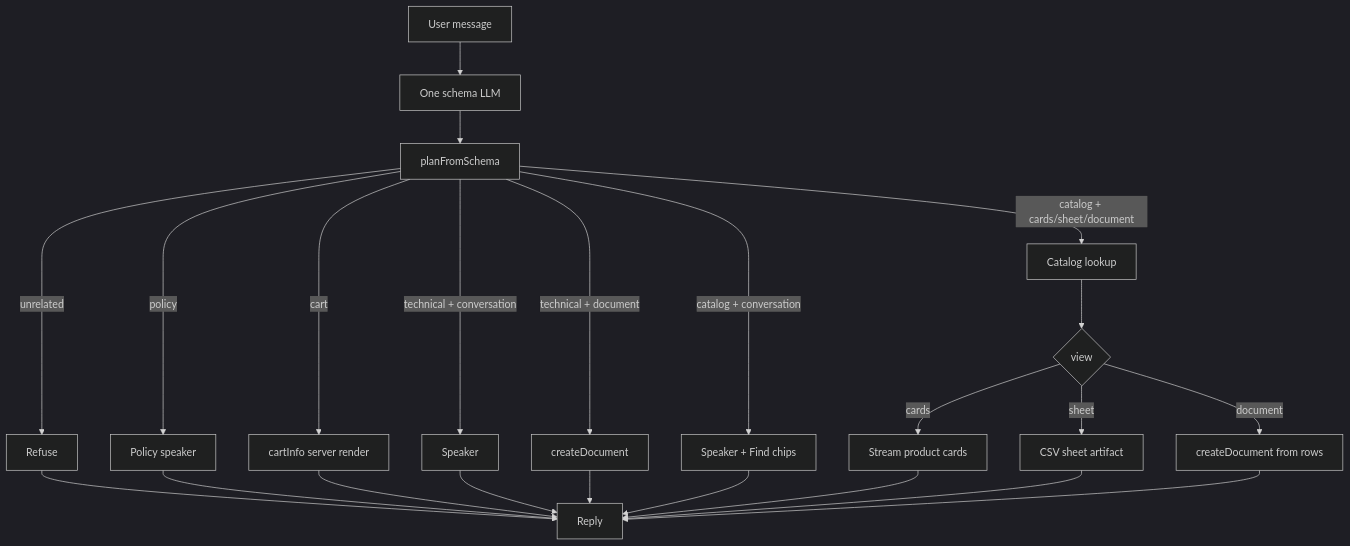
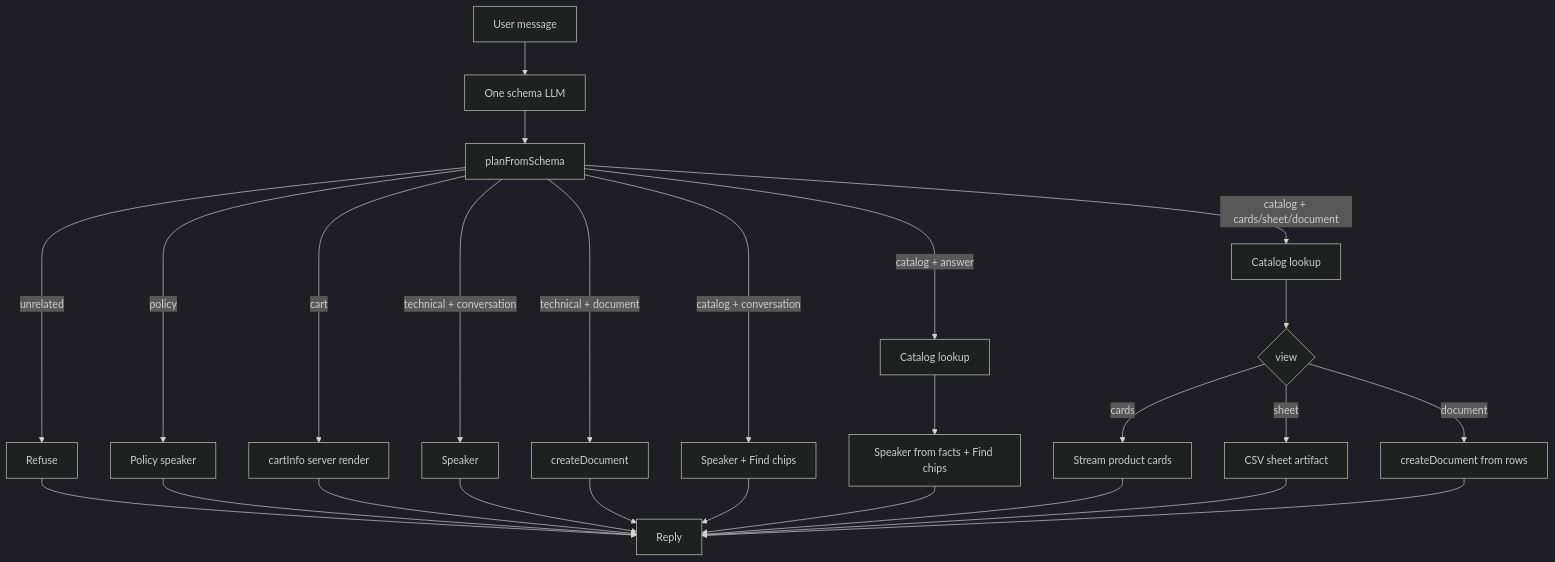
The diagram in features/shop-assistant/docs/architecture.md (SheriffKoder/shopmate-ai-product-assistant), drawn with Mermaid (dark theme) before and after one commit. The commit also changed other lines of this file and 20 other files, not shown here.

````diff
--- a/features/shop-assistant/docs/architecture.md
+++ b/features/shop-assistant/docs/architecture.md
@@ -20,28 +20,31 @@
 ```mermaid
 flowchart TD
   U[User message] --> S[One schema LLM]
   S --> P[planFromSchema]
 
   P -->|unrelated| R[Refuse]
   P -->|policy| PO[Policy speaker]
   P -->|cart| C[cartInfo server render]
   P -->|technical + conversation| T[Speaker]
   P -->|technical + document| D1[createDocument]
   P -->|catalog + conversation| Sp[Speaker + Find chips]
+  P -->|catalog + answer| A[Catalog lookup]
   P -->|catalog + cards/sheet/document| L[Catalog lookup]
 
+  A --> Ans[Speaker from facts + Find chips]
   L --> V{view}
   V -->|cards| Cards[Stream product cards]
   V -->|sheet| Sheet[CSV sheet artifact]
   V -->|document| D2[createDocument from rows]
 
   R --> Out[Reply]
   PO --> Out
   C --> Out
   T --> Out
   D1 --> Out
   Sp --> Out
+  Ans --> Out
   Cards --> Out
   Sheet --> Out
   D2 --> Out
 ```
````
